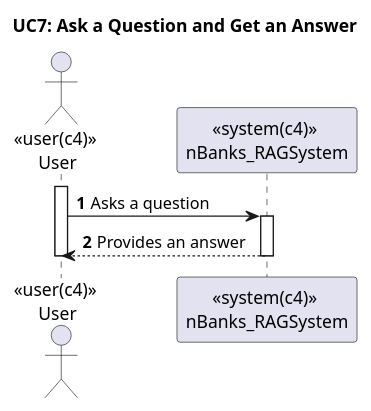
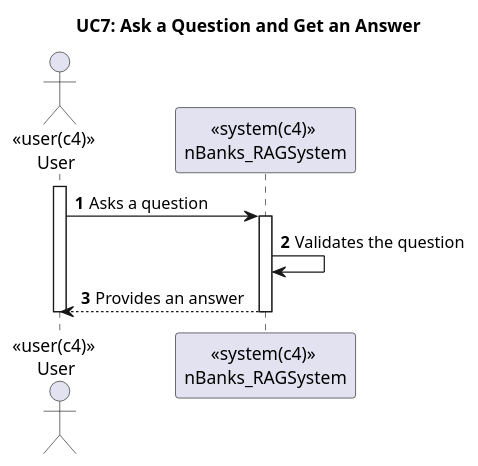
The diagram in UC7/Level1.puml (Ana6363/RAGSystem_Wiki), drawn with PlantUML before and after one commit. The commit also changed 4 other files, not shown here.

Commit message:
small corrections to diagrams

```diff
--- a/UC7/Level1.puml
+++ b/UC7/Level1.puml
@@ -1,18 +1,19 @@
 @startuml
 
 title UC7: Ask a Question and Get an Answer
 
 
 autonumber
 
 actor "<<user(c4)>> \nUser" as user
 participant "<<system(c4)>> \nnBanks_RAGSystem" as sys
 
 activate user
 user -> sys : Asks a question
 activate sys
+sys -> sys : Validates the question
 sys --> user: Provides an answer
 deactivate sys
 deactivate user
 
 @enduml
```
